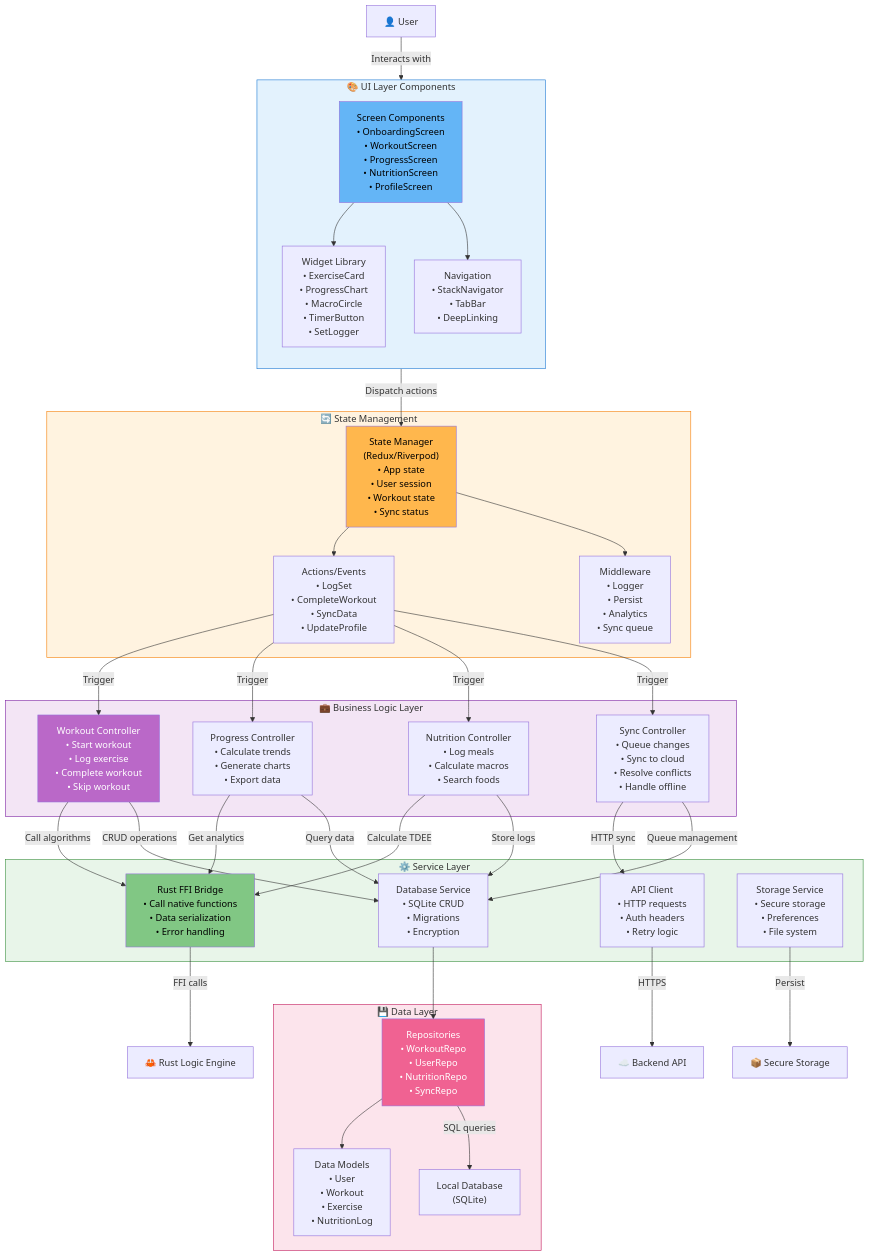
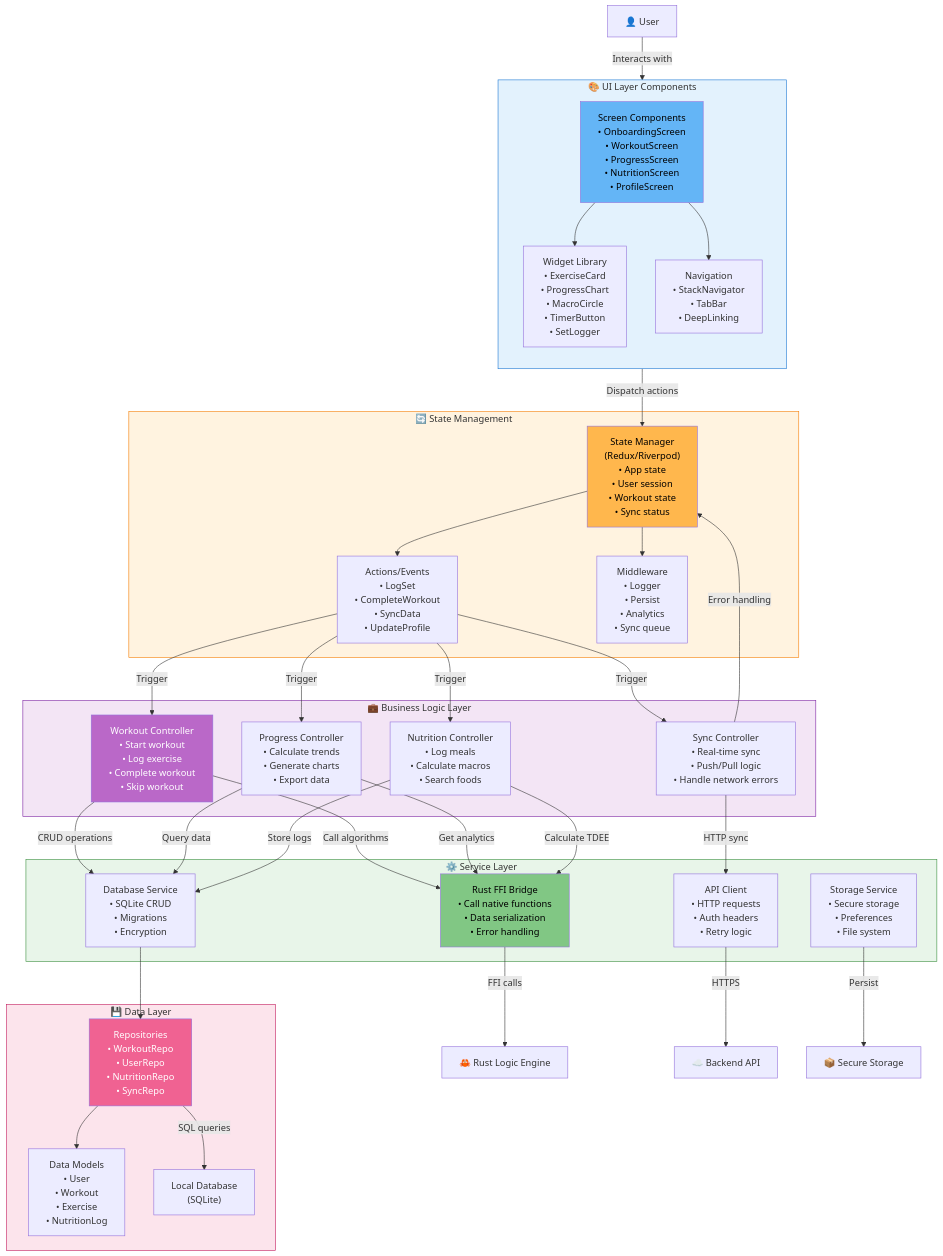
The third of 5 diagrams in docs/ARCHITECTURE_UML_C4_MODEL.md (Eip-LiftUp/LiftUp-EIP), drawn with Mermaid before and after one commit. The commit also changed other lines of this file, not shown here.

Commit message:
Doc : Refactor architecture to cloud-centric model

```diff
--- a/docs/ARCHITECTURE_UML_C4_MODEL.md
+++ b/docs/ARCHITECTURE_UML_C4_MODEL.md
@@ -314,7 +314,7 @@
         
         NutritionController["Nutrition Controller<br/>• Log meals<br/>• Calculate macros<br/>• Search foods"]
         
-        SyncController["Sync Controller<br/>• Queue changes<br/>• Sync to cloud<br/>• Resolve conflicts<br/>• Handle offline"]
+        SyncController["Sync Controller<br/>• Real-time sync<br/>• Push/Pull logic<br/>• Handle network errors"]
     end
     
     subgraph Services["⚙️ Service Layer"]
@@ -359,7 +359,7 @@
     NutritionController -->|"Store logs"| DatabaseService
     
     SyncController -->|"HTTP sync"| ApiClient
-    SyncController -->|"Queue management"| DatabaseService
+    SyncController -->|"Error handling"| StateManager
     
     DatabaseService --> Repositories
     Repositories --> Models
```
